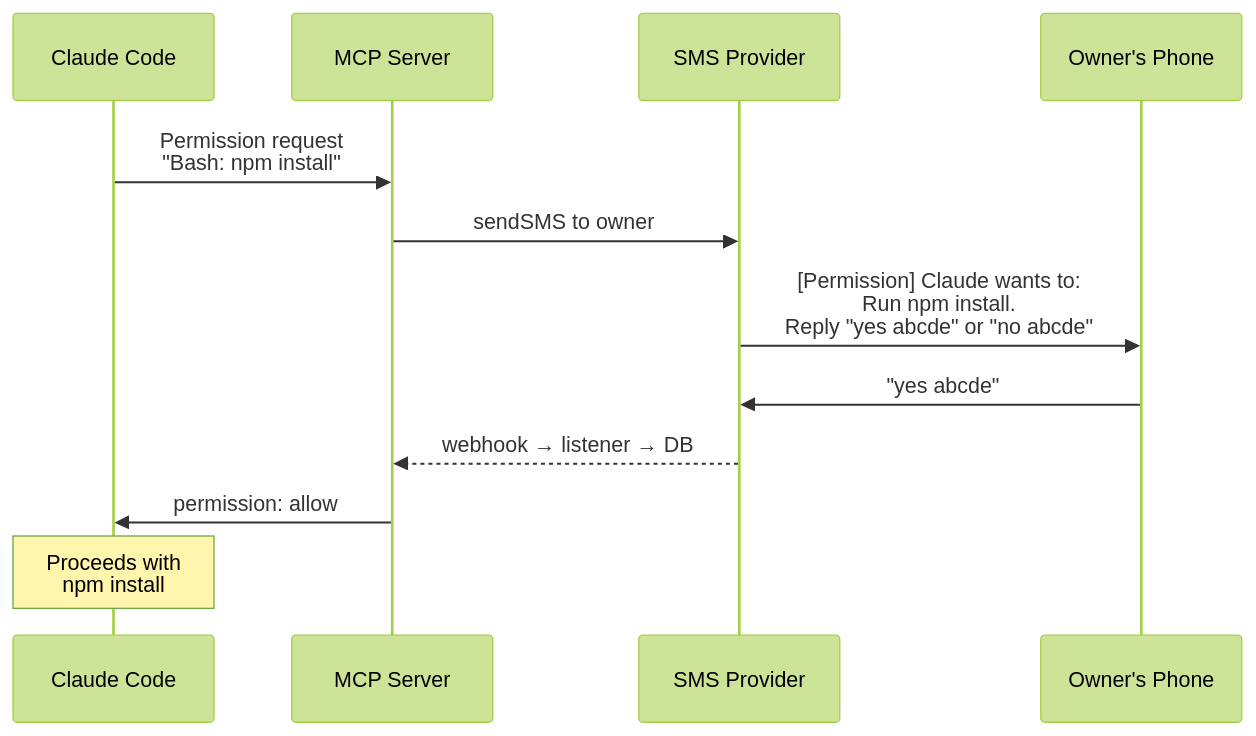
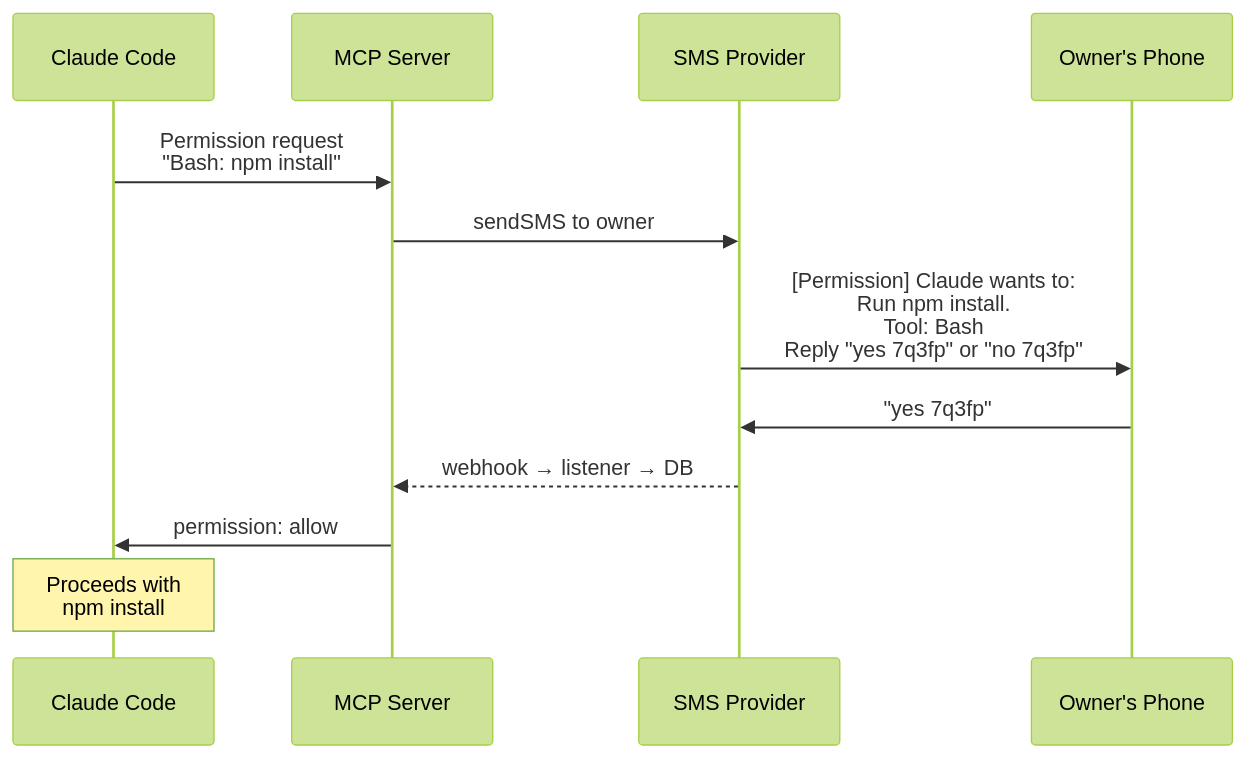
The third of 3 diagrams in README.md (mattstein111/claude-code-sms), drawn with Mermaid (forest theme) before and after one commit. The commit also changed other lines of this file, not shown here.

````diff
--- a/README.md
+++ b/README.md
@@ -458,15 +543,15 @@
 ```mermaid
 sequenceDiagram
     participant C as Claude Code
     participant M as MCP Server
     participant P as SMS Provider
     participant O as Owner's Phone
 
     C->>M: Permission request<br/>"Bash: npm install"
     M->>P: sendSMS to owner
-    P->>O: [Permission] Claude wants to:<br/>Run npm install.<br/>Reply "yes abcde" or "no abcde"
-    O->>P: "yes abcde"
+    P->>O: [Permission] Claude wants to:<br/>Run npm install.<br/>Tool: Bash<br/>Reply "yes 7q3fp" or "no 7q3fp"
+    O->>P: "yes 7q3fp"
     P-->>M: webhook → listener → DB
     M->>C: permission: allow
     Note over C: Proceeds with<br/>npm install
 ```
````
